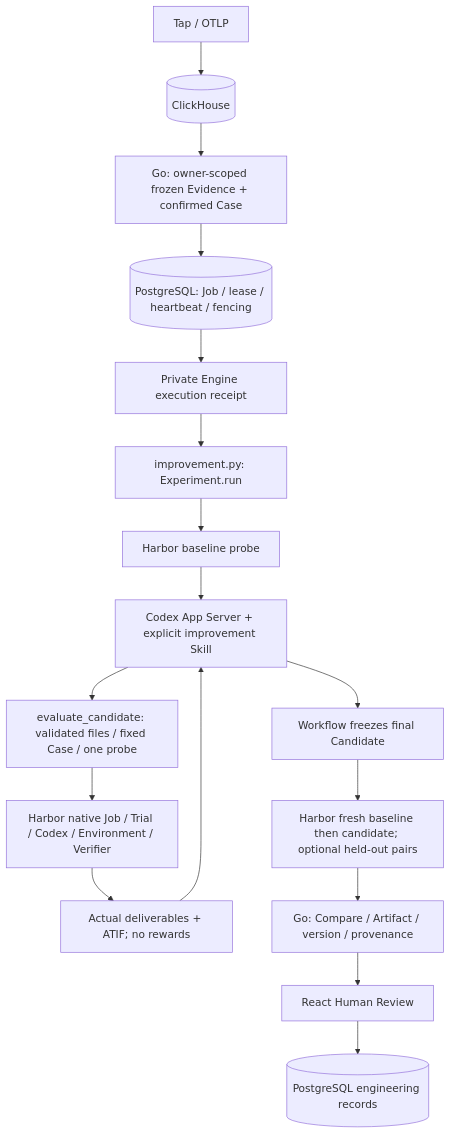
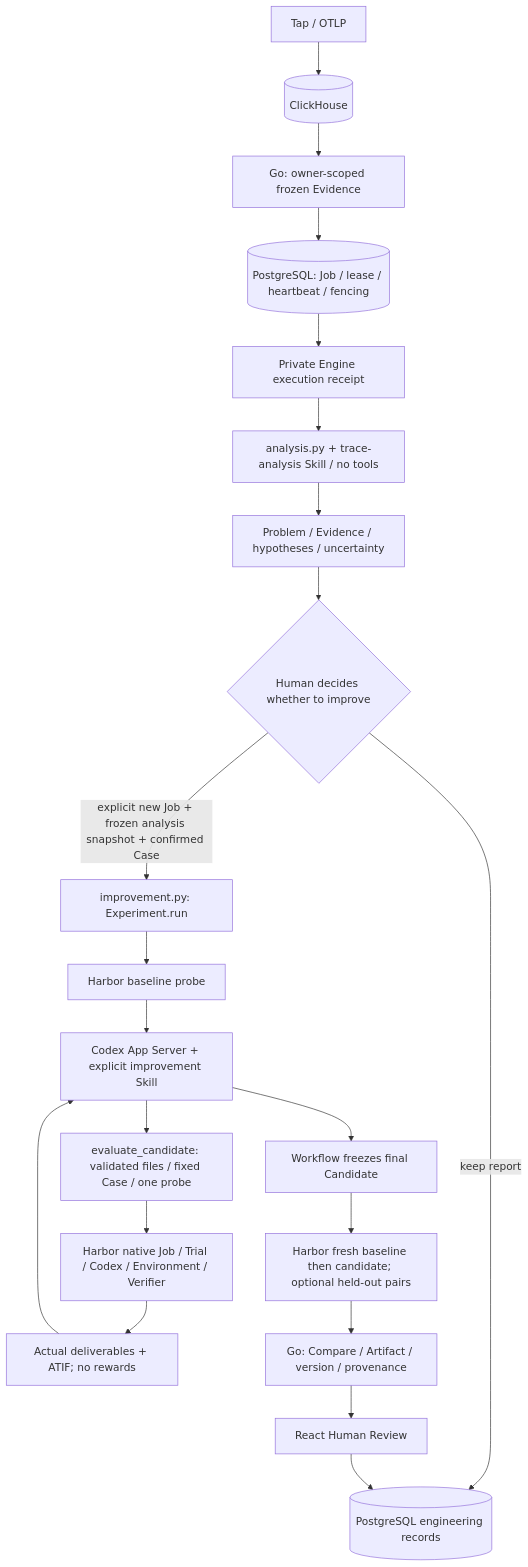
The diagram in docs/catena/architecture/README.md (fightheyyy/CATENA), drawn with Mermaid before and after one commit. The commit also changed 41 other files, not shown here.

Commit message:
feat: separate trace analysis from human-started improvement

````diff
--- a/docs/catena/architecture/README.md
+++ b/docs/catena/architecture/README.md
@@ -6,19 +6,23 @@
 ```mermaid
 flowchart TD
     Trace[Tap / OTLP] --> CH[(ClickHouse)]
-    CH --> Go[Go: owner-scoped frozen Evidence + confirmed Case]
+    CH --> Go[Go: owner-scoped frozen Evidence]
     Go --> Queue[(PostgreSQL: Job / lease / heartbeat / fencing)]
     Queue --> Receipt[Private Engine execution receipt]
-    Receipt --> Workflow[improvement.py: Experiment.run]
+    Receipt --> Analyze[analysis.py + trace-analysis Skill / no tools]
+    Analyze --> Report[Problem / Evidence / hypotheses / uncertainty]
+    Report --> Decision{Human decides whether to improve}
+    Decision -->|keep report| Records
+    Decision -->|explicit new Job + frozen analysis snapshot + confirmed Case| Workflow[improvement.py: Experiment.run]
     Workflow --> Base[Harbor baseline probe]
     Base --> Agent[Codex App Server + explicit improvement Skill]
     Agent --> Tool[evaluate_candidate: validated files / fixed Case / one probe]
     Tool --> Probe[Harbor native Job / Trial / Codex / Environment / Verifier]
     Probe --> Observation[Actual deliverables + ATIF; no rewards]
     Observation --> Agent
     Agent --> Freeze[Workflow freezes final Candidate]
     Freeze --> Pair[Harbor fresh baseline then candidate; optional held-out pairs]
     Pair --> Persist[Go: Compare / Artifact / version / provenance]
     Persist --> Review[React Human Review]
     Review --> Records[(PostgreSQL engineering records)]
 ```
````
